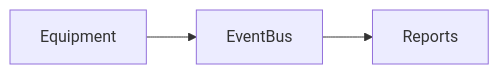
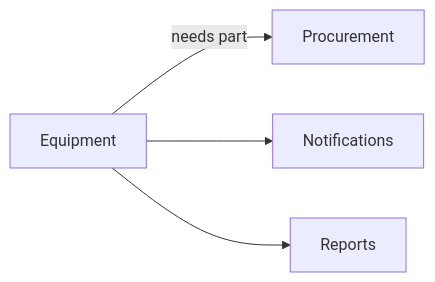
The diagram in ModulesDoc/EQUIPMENT.md (sameheg/cafeos), drawn with Mermaid before and after one commit. The commit also changed other lines of this file and 21 other files, not shown here.

````diff
--- a/ModulesDoc/EQUIPMENT.md
+++ b/ModulesDoc/EQUIPMENT.md
@@ -16,5 +17,6 @@
 ```mermaid
 flowchart LR
-  A[Equipment] --> B[EventBus]
-  B --> C[Reports]
+  Equipment -->|needs part| Procurement
+  Equipment --> Notifications
+  Equipment --> Reports
 ```
````
